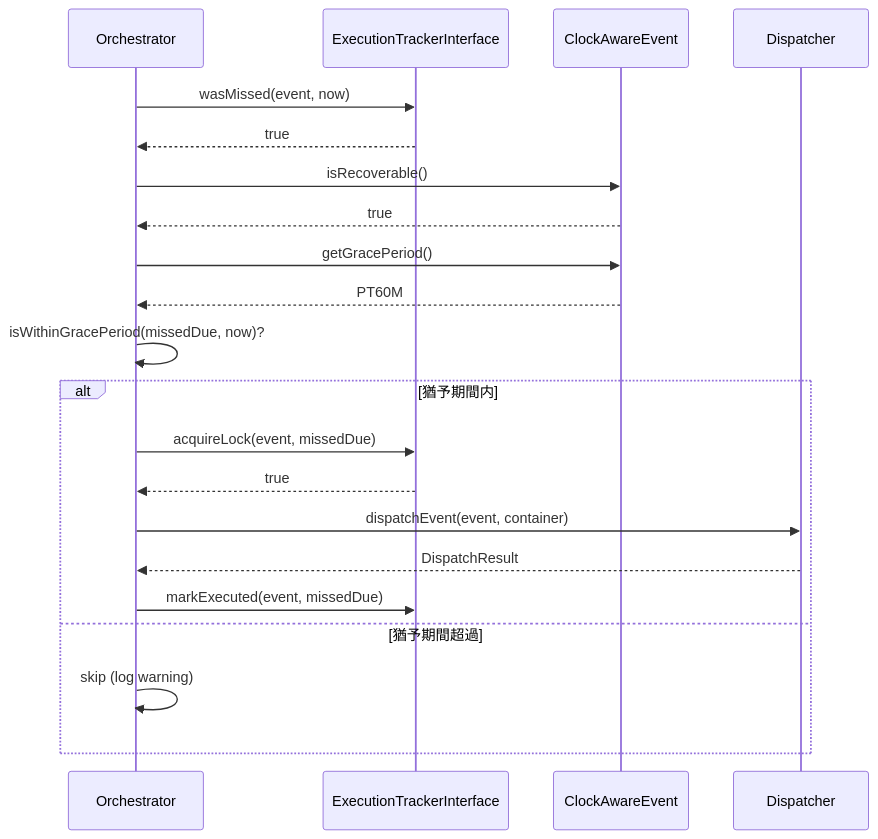
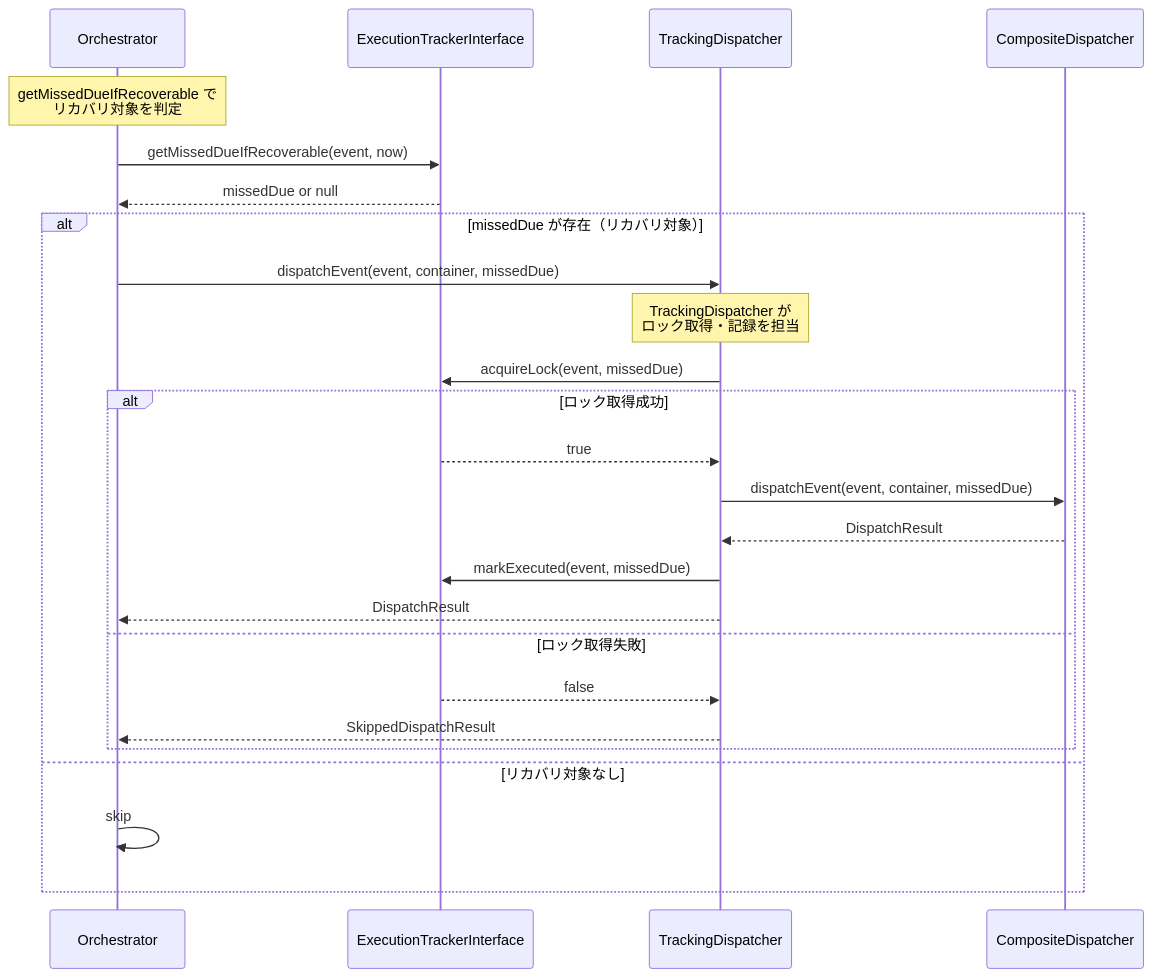
One commit to rakkofield/laravel-graceful-schedule-worker changed the third of 4 diagrams in docs/DESIGN.md. Above: the diagram before and after it, drawn with Mermaid. The commit also changed other lines of this file and 8 other files, not shown here.

````diff
--- a/docs/DESIGN.md
+++ b/docs/DESIGN.md
@@ -409,28 +445,29 @@
 ```mermaid
 sequenceDiagram
     participant Orch as Orchestrator
     participant Track as ExecutionTrackerInterface
-    participant Event as ClockAwareEvent
-    participant Disp as Dispatcher
+    participant TDisp as TrackingDispatcher
+    participant Comp as CompositeDispatcher
 
-    Orch->>Track: wasMissed(event, now)
-    Track-->>Orch: true
+    Note over Orch: getMissedDueIfRecoverable で<br/>リカバリ対象を判定
+    Orch->>Track: getMissedDueIfRecoverable(event, now)
+    Track-->>Orch: missedDue or null
 
-    Orch->>Event: isRecoverable()
-    Event-->>Orch: true
-
-    Orch->>Event: getGracePeriod()
-    Event-->>Orch: PT60M
-
-    Orch->>Orch: isWithinGracePeriod(missedDue, now)?
-
-    alt 猶予期間内
-        Orch->>Track: acquireLock(event, missedDue)
-        Track-->>Orch: true
-        Orch->>Disp: dispatchEvent(event, container)
-        Disp-->>Orch: DispatchResult
-        Orch->>Track: markExecuted(event, missedDue)
-    else 猶予期間超過
-        Orch->>Orch: skip (log warning)
+    alt missedDue が存在（リカバリ対象）
+        Orch->>TDisp: dispatchEvent(event, container, missedDue)
+        Note over TDisp: TrackingDispatcher が<br/>ロック取得・記録を担当
+        TDisp->>Track: acquireLock(event, missedDue)
+        alt ロック取得成功
+            Track-->>TDisp: true
+            TDisp->>Comp: dispatchEvent(event, container, missedDue)
+            Comp-->>TDisp: DispatchResult
+            TDisp->>Track: markExecuted(event, missedDue)
+            TDisp-->>Orch: DispatchResult
+        else ロック取得失敗
+            Track-->>TDisp: false
+            TDisp-->>Orch: SkippedDispatchResult
+        end
+    else リカバリ対象なし
+        Orch->>Orch: skip
     end
 ```
````
